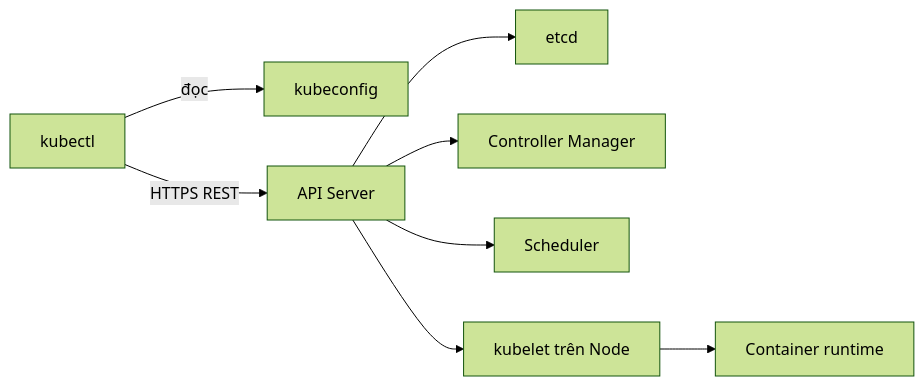
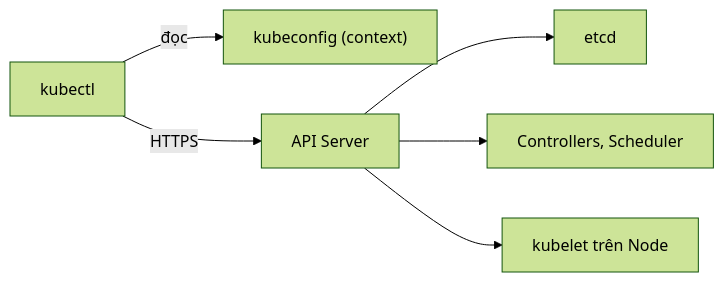
The diagram in labs/week-12/session-23.md (TienNHM/devops-course), drawn with Mermaid (forest theme) before and after one commit. The commit also changed other lines of this file and 266 other files, not shown here.

````diff
--- a/labs/week-12/session-23.md
+++ b/labs/week-12/session-23.md
@@ -99,10 +40,8 @@
 ```mermaid
 flowchart LR
-    A["kubectl"] -->|"đọc"| B["kubeconfig"]
-    A -->|"HTTPS REST"| C["API Server"]
+    A["kubectl"] -->|"đọc"| B["kubeconfig (context)"]
+    A -->|"HTTPS"| C["API Server"]
     C --> D["etcd"]
-    C --> E["Controller Manager"]
-    C --> F["Scheduler"]
+    C --> E["Controllers, Scheduler"]
     C --> G["kubelet trên Node"]
-    G --> H["Container runtime"]
 ```
````
